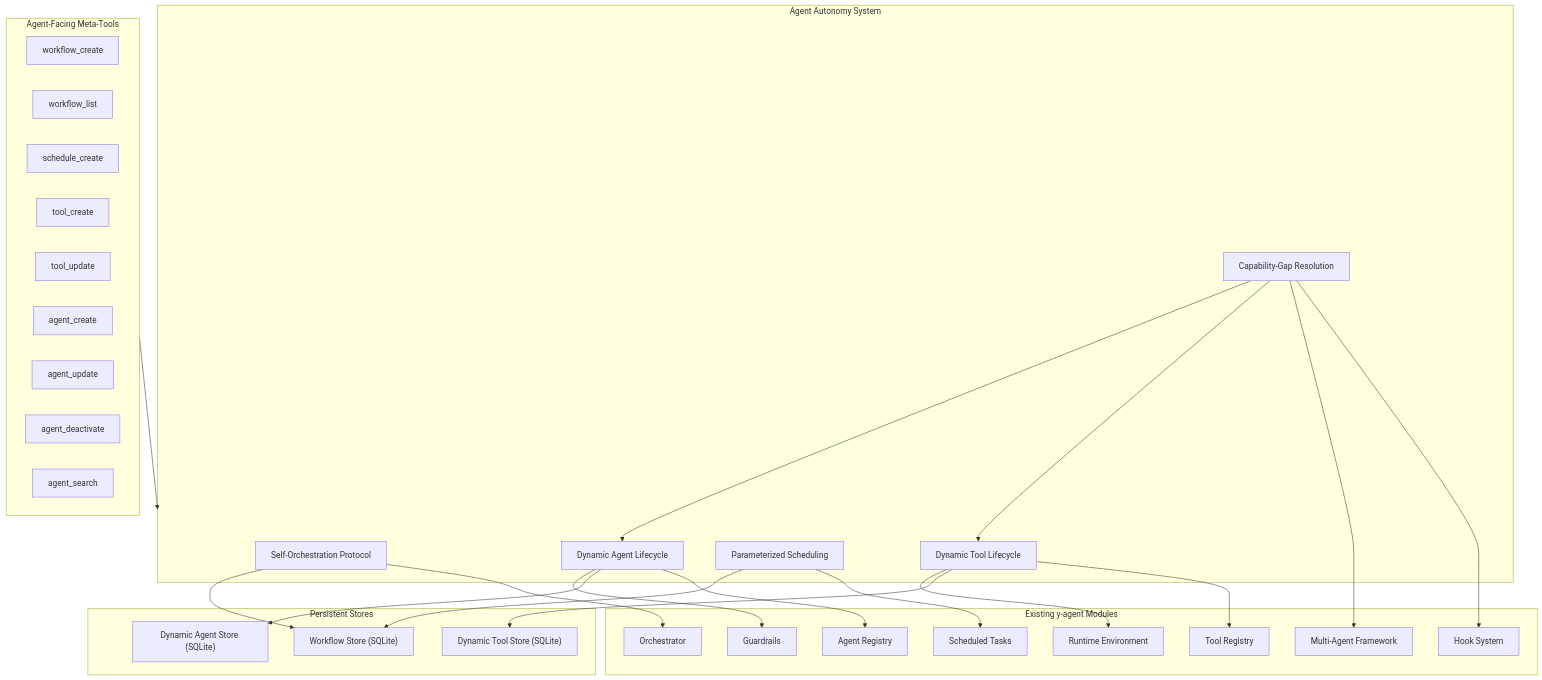
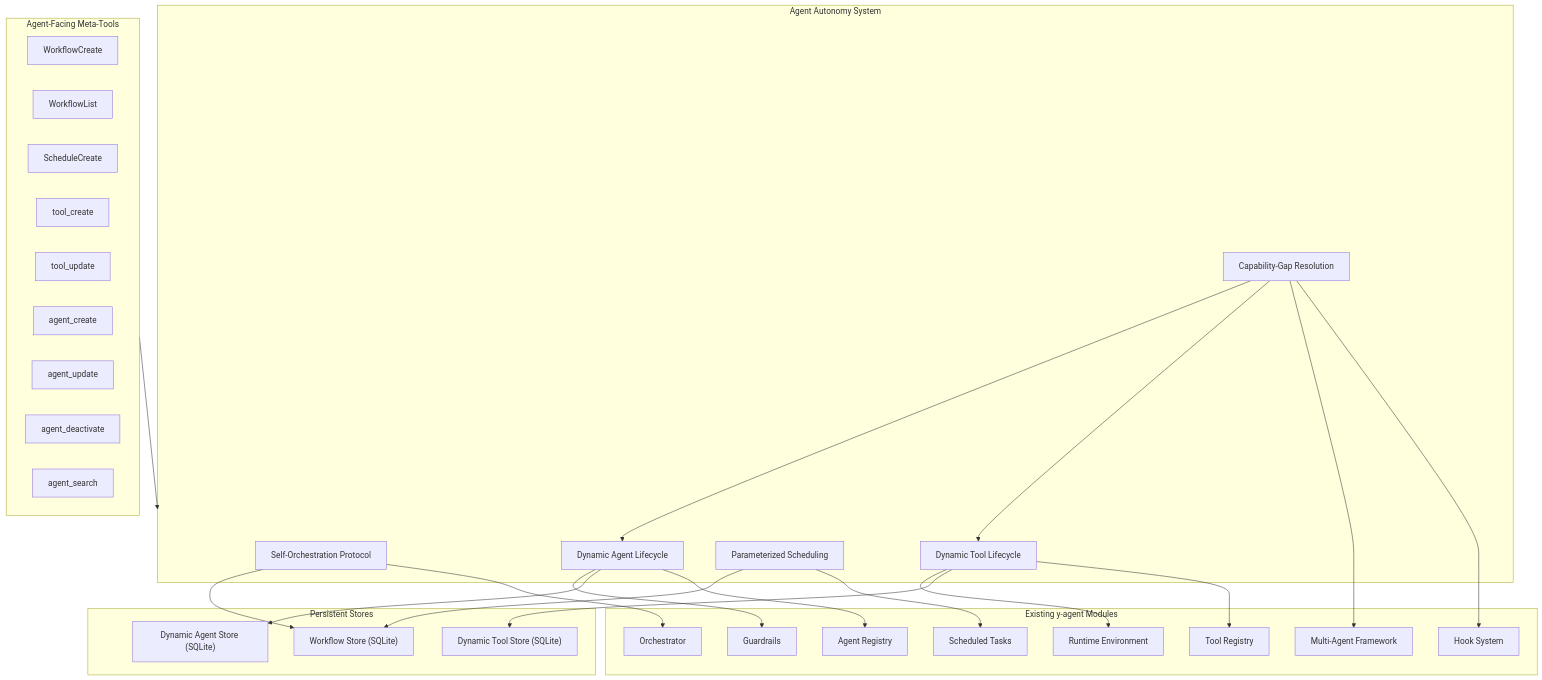
One commit to gorgiaxx/y-agent changed the first of 7 diagrams in docs/design/agent-autonomy-design.md. Above: the diagram before and after it, drawn with Mermaid. The commit also changed other lines of this file and 41 other files, not shown here.

````diff
--- a/docs/design/agent-autonomy-design.md
+++ b/docs/design/agent-autonomy-design.md
@@ -93,55 +93,55 @@
 ```mermaid
 flowchart TB
     subgraph AgentAutonomy["Agent Autonomy System"]
         SelfOrch["Self-Orchestration Protocol"]
         DynTool["Dynamic Tool Lifecycle"]
         ParamSched["Parameterized Scheduling"]
         GapResolve["Capability-Gap Resolution"]
         DynAgent["Dynamic Agent Lifecycle"]
     end
 
     subgraph MetaTools["Agent-Facing Meta-Tools"]
-        WFCreate["workflow_create"]
-        WFList["workflow_list"]
-        SchedCreate["schedule_create"]
+        WFCreate["WorkflowCreate"]
+        WFList["WorkflowList"]
+        SchedCreate["ScheduleCreate"]
         ToolCreate["tool_create"]
         ToolUpdate["tool_update"]
         AgentCreate["agent_create"]
         AgentUpdate["agent_update"]
         AgentDeactivate["agent_deactivate"]
         AgentSearch["agent_search"]
     end
 
     subgraph Existing["Existing y-agent Modules"]
         Orchestrator["Orchestrator"]
         ToolReg["Tool Registry"]
         AgentReg["Agent Registry"]
         Scheduler["Scheduled Tasks"]
         MultiAgent["Multi-Agent Framework"]
         HookSys["Hook System"]
         Runtime["Runtime Environment"]
         Guardrails["Guardrails"]
     end
 
     subgraph Stores["Persistent Stores"]
         WFStore["Workflow Store (SQLite)"]
         DTStore["Dynamic Tool Store (SQLite)"]
         DAStore["Dynamic Agent Store (SQLite)"]
     end
 
     MetaTools --> AgentAutonomy
     SelfOrch --> Orchestrator
     SelfOrch --> WFStore
     DynTool --> ToolReg
     DynTool --> DTStore
     DynTool --> Runtime
     ParamSched --> Scheduler
     ParamSched --> WFStore
     GapResolve --> HookSys
     GapResolve --> MultiAgent
     GapResolve --> DynTool
     GapResolve --> DynAgent
     DynAgent --> AgentReg
     DynAgent --> DAStore
     DynAgent --> Guardrails
 ```
````
